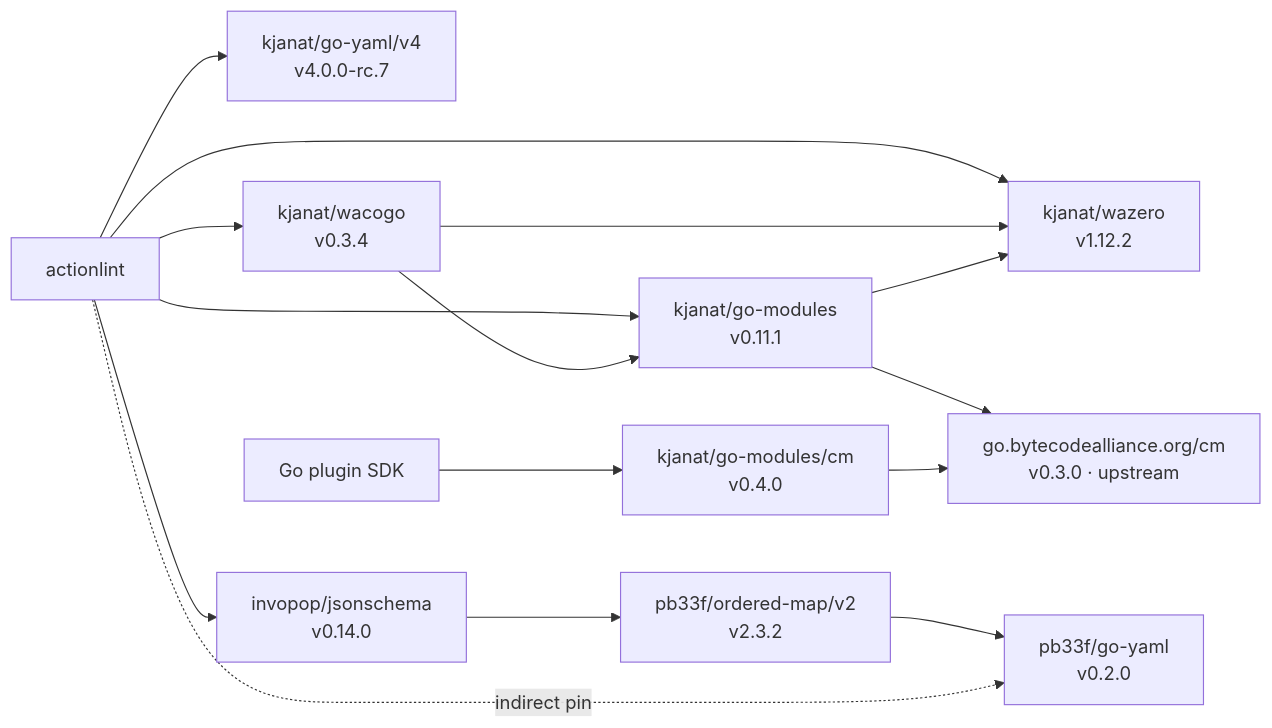
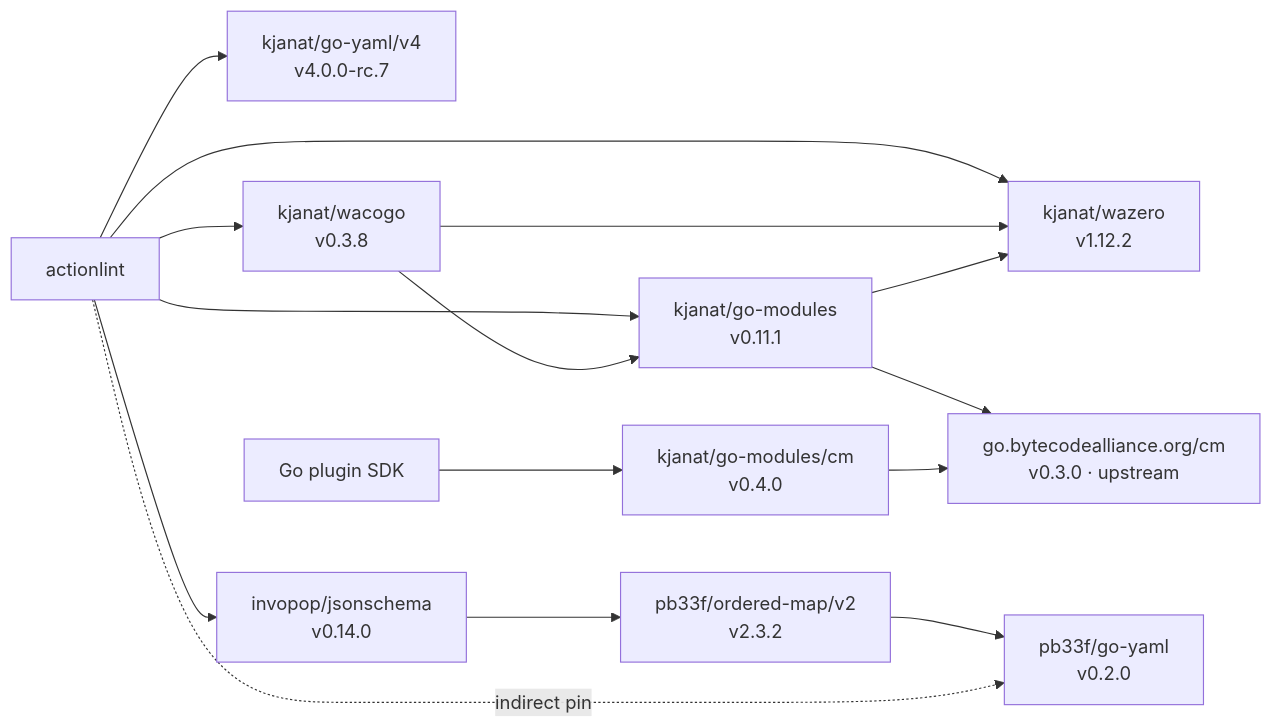
The diagram in docs/go-forks.md (kjanat/actionlint), drawn with Mermaid before and after one commit. The commit also changed 3 other files, not shown here.

First line of the commit message:
chore(deps): update module github.com/kjanat/wacogo to v0.3.8 (#508)

````diff
--- a/docs/go-forks.md
+++ b/docs/go-forks.md
@@ -7,26 +7,26 @@
 ```mermaid
 flowchart LR
     %% renovate: depName=github.com/kjanat/go-yaml/v4
     A[actionlint] --> Y["kjanat/go-yaml/v4<br/>v4.0.0-rc.7"]
     %% renovate: depName=github.com/kjanat/wacogo
-    A --> W["kjanat/wacogo<br/>v0.3.4"]
+    A --> W["kjanat/wacogo<br/>v0.3.8"]
     %% renovate: depName=github.com/kjanat/wazero
     A --> Z["kjanat/wazero<br/>v1.12.2"]
     %% renovate: depName=github.com/kjanat/go-modules
     A --> G["kjanat/go-modules<br/>v0.11.1"]
     W --> G
     W --> Z
     G --> Z
     %% renovate: depName=github.com/kjanat/go-modules/cm
     E[Go plugin SDK] --> CM["kjanat/go-modules/cm<br/>v0.4.0"]
     %% renovate: depName=go.bytecodealliance.org/cm
     G --> U["go.bytecodealliance.org/cm<br/>v0.3.0 · upstream"]
     CM --> U
     %% renovate: depName=github.com/invopop/jsonschema
     A --> J["invopop/jsonschema<br/>v0.14.0"]
     %% renovate: depName=github.com/pb33f/ordered-map/v2
     J --> O["pb33f/ordered-map/v2<br/>v2.3.2"]
     %% renovate: depName=github.com/pb33f/go-yaml
     O --> P["pb33f/go-yaml<br/>v0.2.0"]
     A -. indirect pin .-> P
 ```
````
